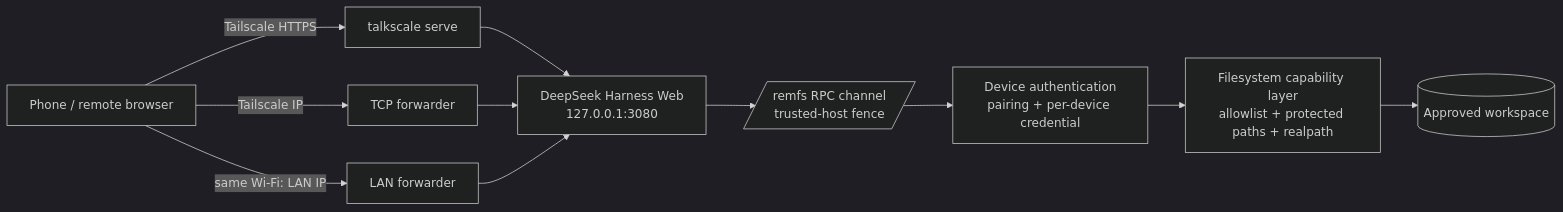
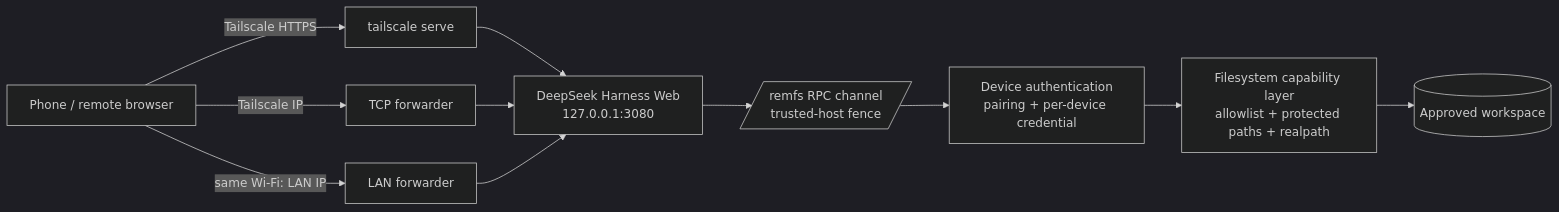
The diagram in README.md (xianyu110/deepseek-harness-phone-remote), drawn with Mermaid (dark theme) before and after one commit. The commit also changed other lines of this file and 15 other files, not shown here.

````diff
--- a/README.md
+++ b/README.md
@@ -30,13 +31,13 @@
 ```mermaid
 flowchart LR
-  P[Phone / remote browser] -->|Tailscale HTTPS| S[talkscale serve]
+  P[Phone / remote browser] -->|Tailscale HTTPS| S[tailscale serve]
   P -->|Tailscale IP| T[TCP forwarder]
   P -->|same Wi-Fi: LAN IP| L[LAN forwarder]
   S --> H[DeepSeek Harness Web<br/>127.0.0.1:3080]
   T --> H
   L --> H
   H --> R[/remfs RPC channel<br/>trusted-host fence/]
   R --> A[Device authentication<br/>pairing + per-device credential]
   A --> F[Filesystem capability layer<br/>allowlist + protected paths + realpath]
   F --> W[(Approved workspace)]
 ```
````
